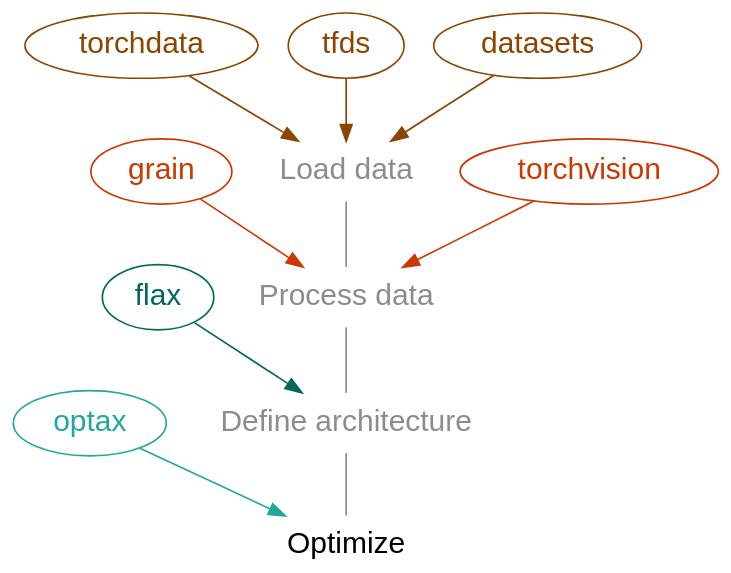
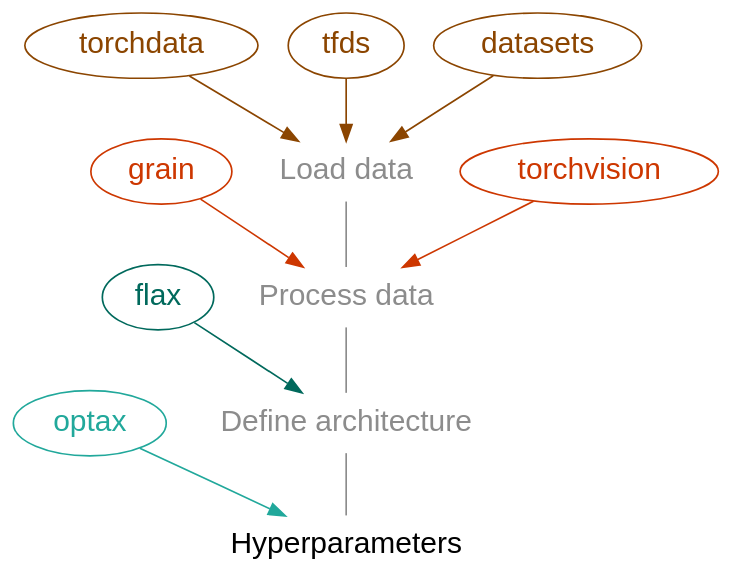
Diagram 12 of 15 in ai/jxai/fl_jax_slides.qmd (WestDRI/arc-training), drawn with Graphviz before and after one commit. The commit also changed other lines of this file and 6 other files, not shown here.

Commit message:
edit all graphs with a minor word change

````diff
--- a/ai/jxai/fl_jax_slides.qmd
+++ b/ai/jxai/fl_jax_slides.qmd
@@ -535,38 +535,38 @@
 ```{dot}
 //| echo: false
 //| fig-width: 500px
 
 digraph {
 
 bgcolor="transparent"
 node [fontname="Inconsolata, sans-serif", color=gray55, fontsize="18pt"]
 edge [color=gray55]
 
 load [label="Load data", shape=plaintext, group=g1, fontcolor=gray55]
 proc [label="Process data", shape=plaintext, group=g1, fontcolor=gray55]
 nn [label="Define architecture", shape=plaintext, group=g1, fontcolor=gray55]
-opt [label="Optimize", shape=plaintext, group=g1]
+opt [label="Hyperparameters", shape=plaintext, group=g1]
 
 pt [label=torchdata, fontcolor=darkorange4, color=darkorange4]
 tfds [label=tfds, group=g2, fontcolor=darkorange4, color=darkorange4]
 dt [label=datasets, fontcolor=darkorange4, color=darkorange4]
 
 gr [label=grain, fontcolor=orangered3, color=orangered3]
 tv [label=torchvision, fontcolor=orangered3, color=orangered3]
 
 fl [label=flax, group=g2, fontcolor="#00695C", color="#00695C"]
 
 oa [label=optax, group=g2, fontcolor="#21A89B", color="#21A89B"]
 
 {rank=same; gr load tv}
 gr -> load -> tv [style=invis]
 
 {pt tfds dt} -> load [color=darkorange4]
 {gr tv} -> proc [color=orangered3]
 fl -> nn [color="#00695C"]
 oa -> opt [color="#21A89B"]
 
 load -> proc -> nn -> opt [dir=none]
 
 }
 ```
````
